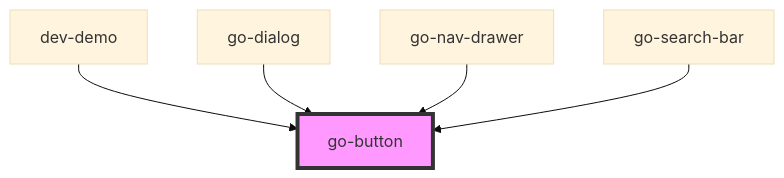
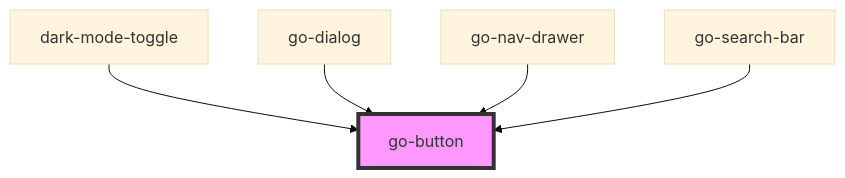
One commit to getgoui/go-ui changed the diagram in src/components/go-button/readme.md. Above: the diagram before and after it, drawn with Mermaid (base theme). The commit also changed other lines of this file and 13 other files, not shown here.

````diff
--- a/src/components/go-button/readme.md
+++ b/src/components/go-button/readme.md
@@ -42,8 +42,8 @@
 ```mermaid
 graph TD;
-  dev-demo --> go-button
+  dark-mode-toggle --> go-button
   go-dialog --> go-button
   go-nav-drawer --> go-button
   go-search-bar --> go-button
   style go-button fill:#f9f,stroke:#333,stroke-width:4px
 ```
````
